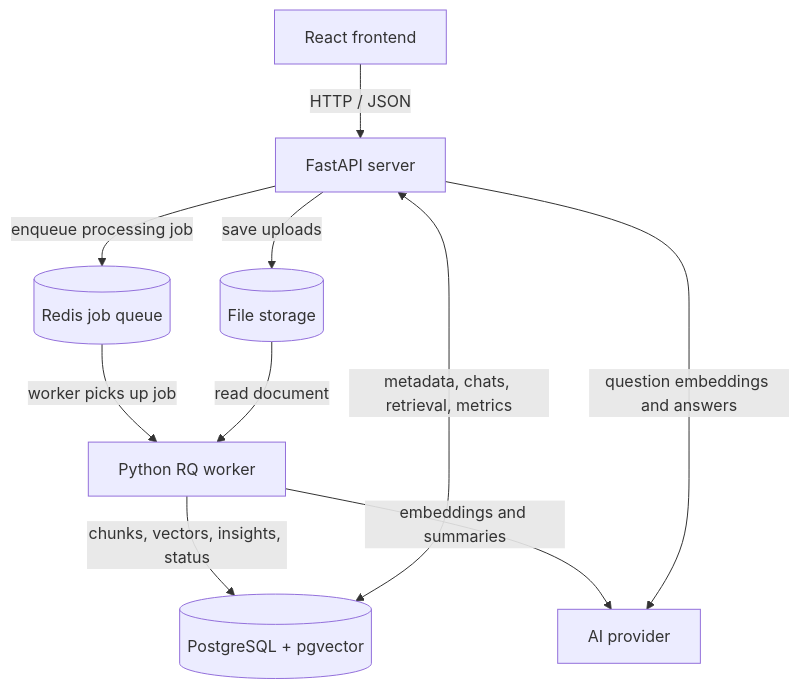
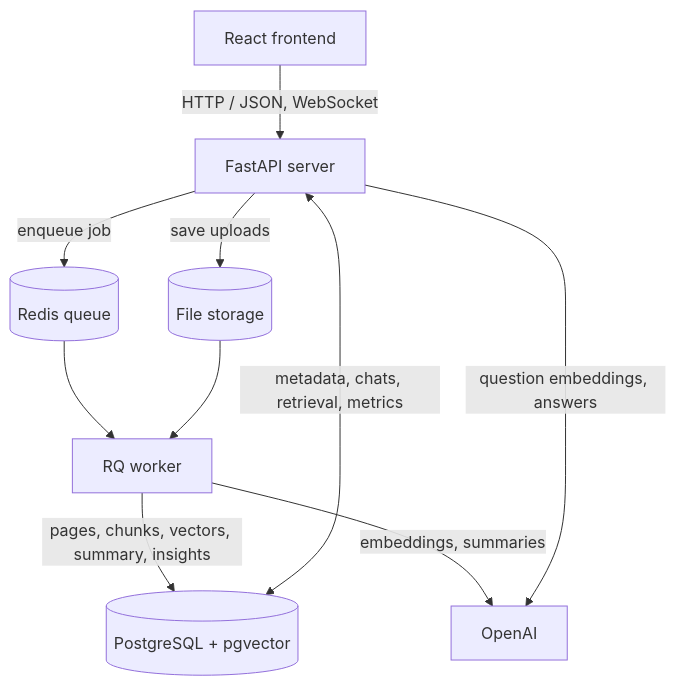
The diagram in README.md (aabhishekn/ai-vault), drawn with Mermaid before and after one commit. The commit also changed other lines of this file, not shown here.

````diff
--- a/README.md
+++ b/README.md
@@ -113,12 +61,12 @@
 ```mermaid
 flowchart TD
-    UI[React frontend] -->|HTTP / JSON| API[FastAPI server]
+    UI[React frontend] -->|HTTP / JSON, WebSocket| API[FastAPI server]
     API -->|save uploads| FS[(File storage)]
-    API -->|enqueue processing job| Q[(Redis job queue)]
-    Q -->|worker picks up job| W[Python RQ worker]
-    FS -->|read document| W
-    W -->|chunks, vectors, insights, status| DB[(PostgreSQL + pgvector)]
+    API -->|enqueue job| Q[(Redis queue)]
+    Q --> W[RQ worker]
+    FS --> W
+    W -->|pages, chunks, vectors, summary, insights| DB[(PostgreSQL + pgvector)]
     API <-->|metadata, chats, retrieval, metrics| DB
-    W -->|embeddings and summaries| AI[AI provider]
-    API -->|question embeddings and answers| AI
+    W -->|embeddings, summaries| AI[OpenAI]
+    API -->|question embeddings, answers| AI
 ```
````
